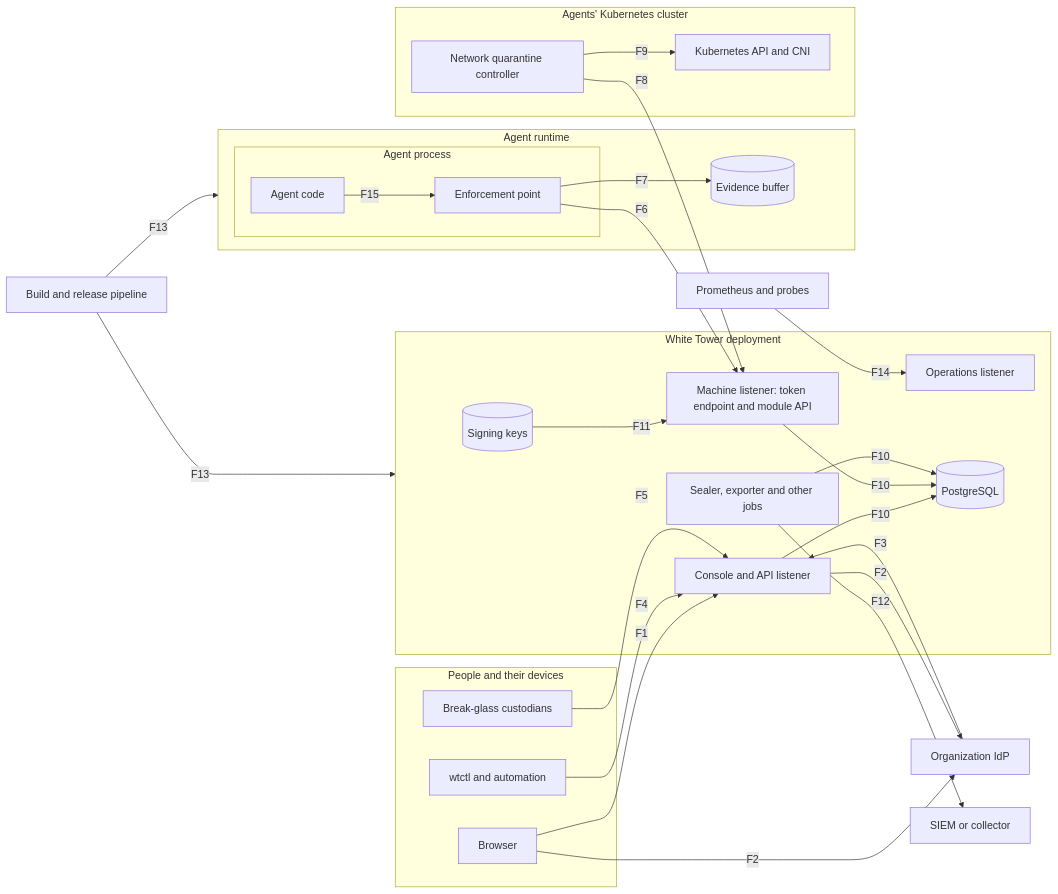
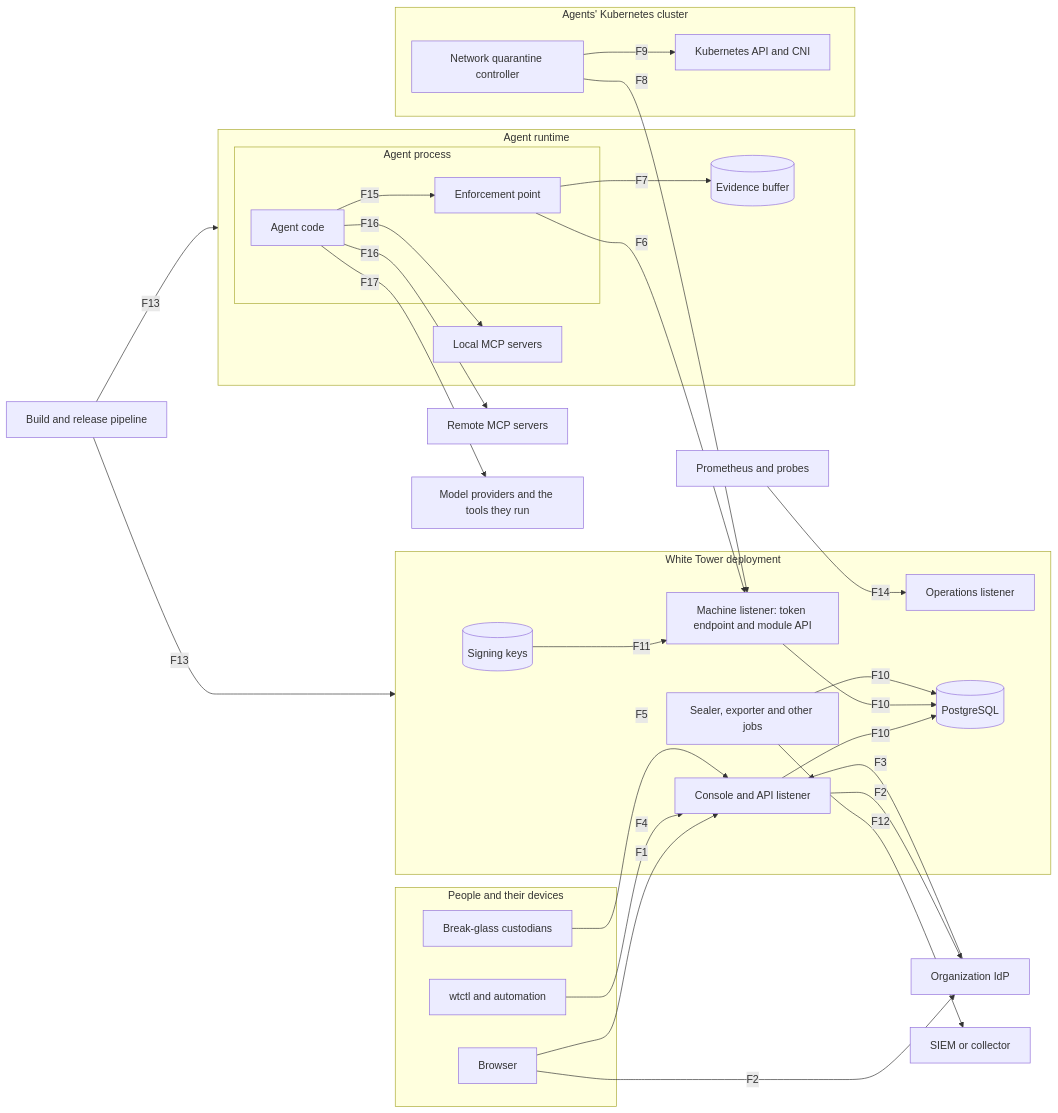
Before and after one commit to J466Y/WhiteTower: the diagram in docs/security/threat-model.md, drawn with Mermaid. The commit also changed other lines of this file and 25 other files, not shown here.

First line of the commit message:
docs(P1-16): integrate RFC-0002 into MVP architecture, requirements and roadmap (#45)

````diff
--- a/docs/security/threat-model.md
+++ b/docs/security/threat-model.md
@@ -99,49 +103,55 @@
 ```mermaid
 flowchart LR
     subgraph people[People and their devices]
         BR[Browser]
         CLI[wtctl and automation]
         BG[Break-glass custodians]
     end
     IDP[Organization IdP]
     subgraph deploy[White Tower deployment]
         CL[Console and API listener]
         ML[Machine listener: token endpoint and module API]
         OL[Operations listener]
         JOB[Sealer, exporter and other jobs]
         KEY[(Signing keys)]
         PG[(PostgreSQL)]
     end
     subgraph runtime[Agent runtime]
         subgraph proc[Agent process]
             AG[Agent code] -- F15 --> EP[Enforcement point]
         end
         BUF[(Evidence buffer)]
+        LMCP[Local MCP servers]
     end
     subgraph cluster[Agents' Kubernetes cluster]
         QM[Network quarantine controller]
         KAPI[Kubernetes API and CNI]
     end
     SIEM[SIEM or collector]
     CI[Build and release pipeline]
     PROM[Prometheus and probes]
+    RMCP[Remote MCP servers]
+    LLM[Model providers and the tools they run]
 
     BR -- F1 --> CL
     BR -- F2 --> IDP
     CL -- F2 --> IDP
     IDP -- F3 --> CL
     CLI -- F4 --> CL
     BG -- F5 --> CL
     EP -- F6 --> ML
     EP -- F7 --> BUF
     QM -- F8 --> ML
     QM -- F9 --> KAPI
     CL -- F10 --> PG
     ML -- F10 --> PG
     JOB -- F10 --> PG
     KEY -- F11 --> ML
     JOB -- F12 --> SIEM
     CI -- F13 --> deploy
     CI -- F13 --> runtime
     PROM -- F14 --> OL
+    AG -- F16 --> LMCP
+    AG -- F16 --> RMCP
+    AG -- F17 --> LLM
 ```
````
